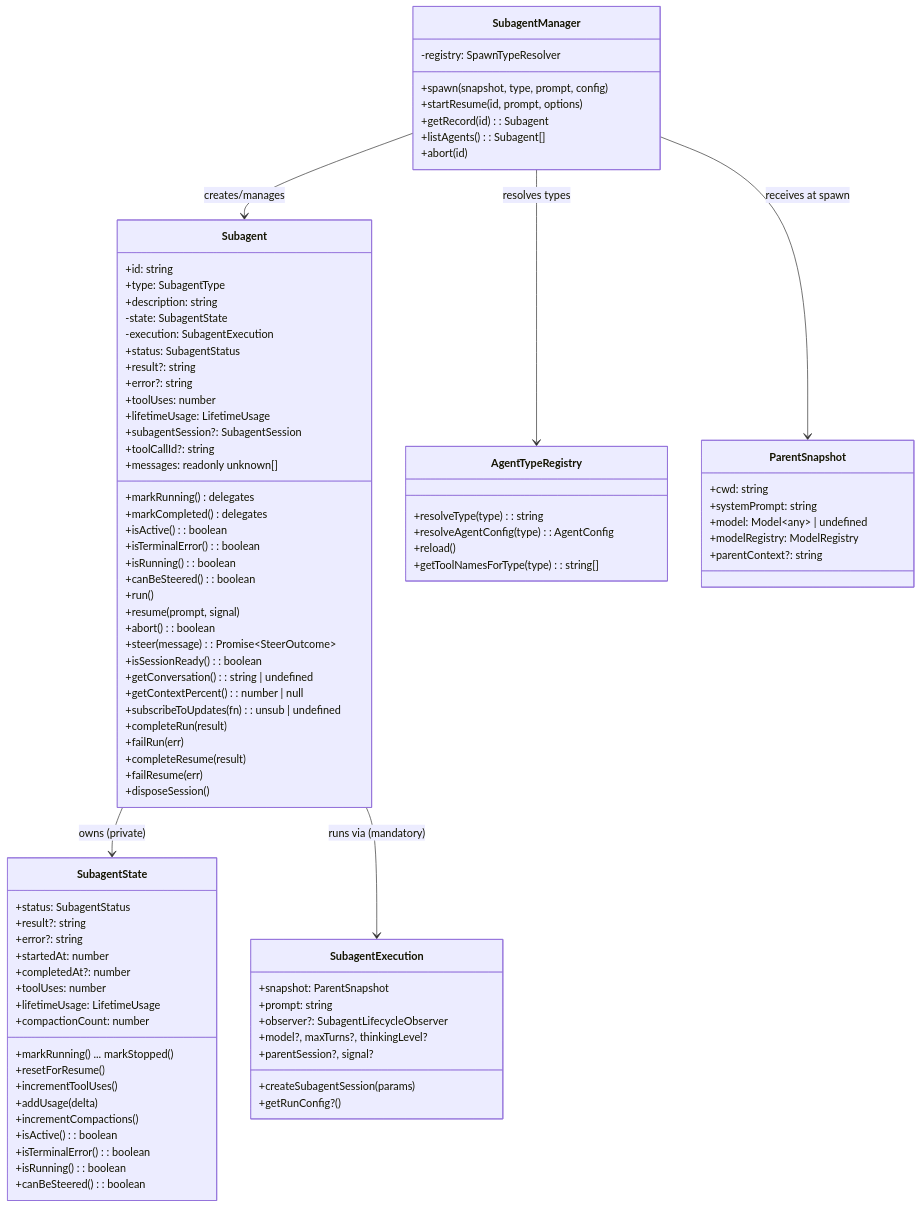
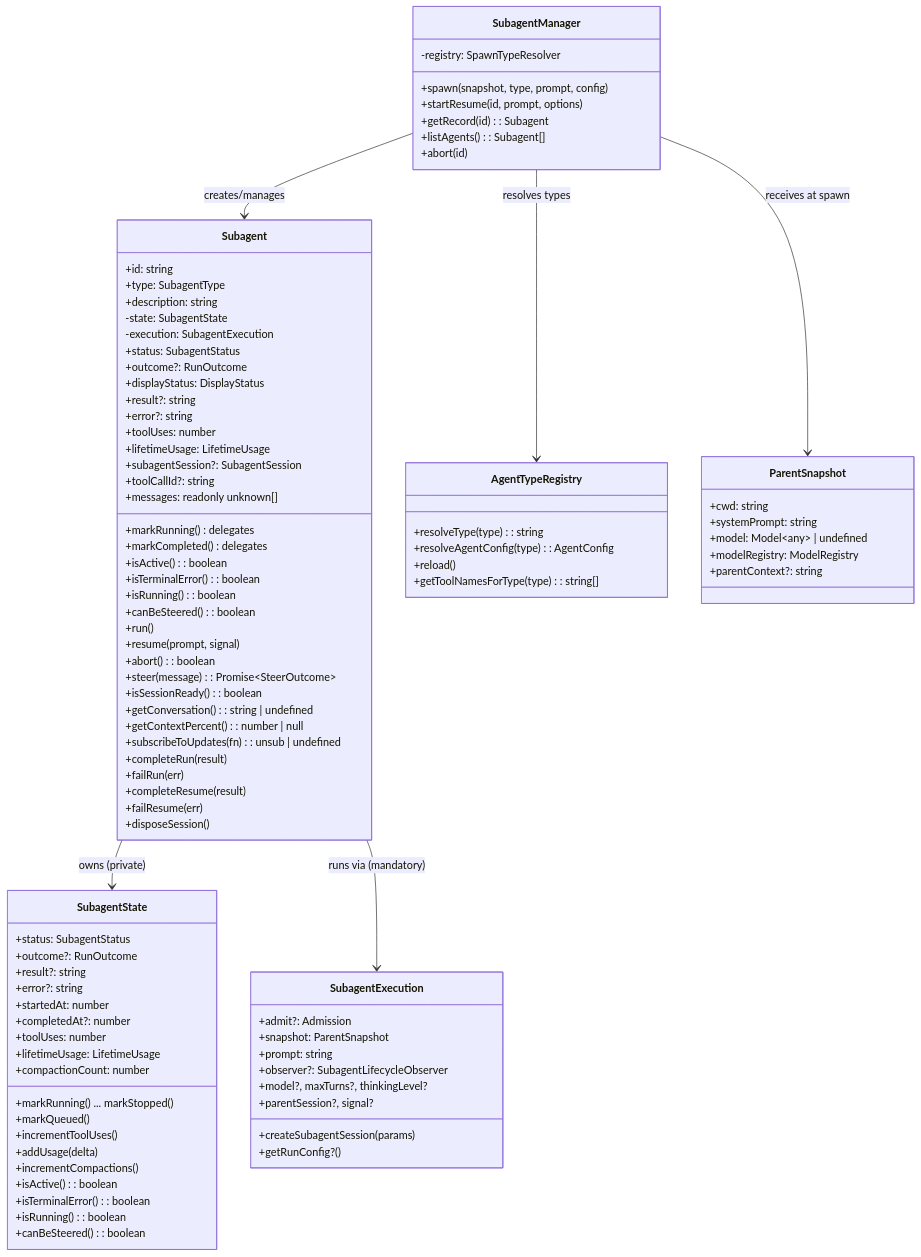
The second of 4 diagrams in extensions/pi-subagent/docs/architecture/architecture.md (zacheryph/pi), drawn with Mermaid before and after one commit. The commit also changed other lines of this file and 50 other files, not shown here.

```diff
--- a/extensions/pi-subagent/docs/architecture/architecture.md
+++ b/extensions/pi-subagent/docs/architecture/architecture.md
@@ -144,6 +144,8 @@
         -state: SubagentState
         -execution: SubagentExecution
         +status: SubagentStatus
+        +outcome?: RunOutcome
+        +displayStatus: DisplayStatus
         +result?: string
         +error?: string
         +toolUses: number
@@ -174,6 +176,7 @@
 
     class SubagentState {
         +status: SubagentStatus
+        +outcome?: RunOutcome
         +result?: string
         +error?: string
         +startedAt: number
@@ -182,7 +185,7 @@
         +lifetimeUsage: LifetimeUsage
         +compactionCount: number
         +markRunning() ... markStopped()
-        +resetForResume()
+        +markQueued()
         +incrementToolUses()
         +addUsage(delta)
         +incrementCompactions()
@@ -194,6 +197,7 @@
 
     class SubagentExecution {
         +createSubagentSession(params)
+        +admit?: Admission
         +snapshot: ParentSnapshot
         +prompt: string
         +observer?: SubagentLifecycleObserver
```
